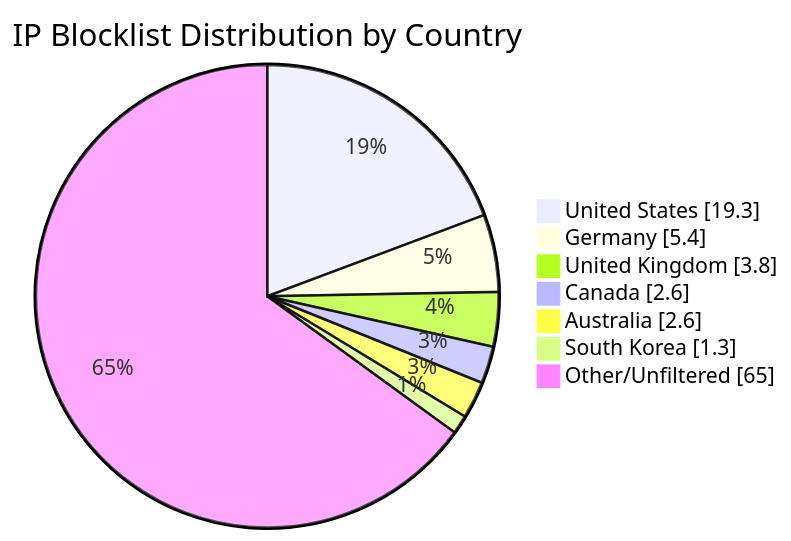
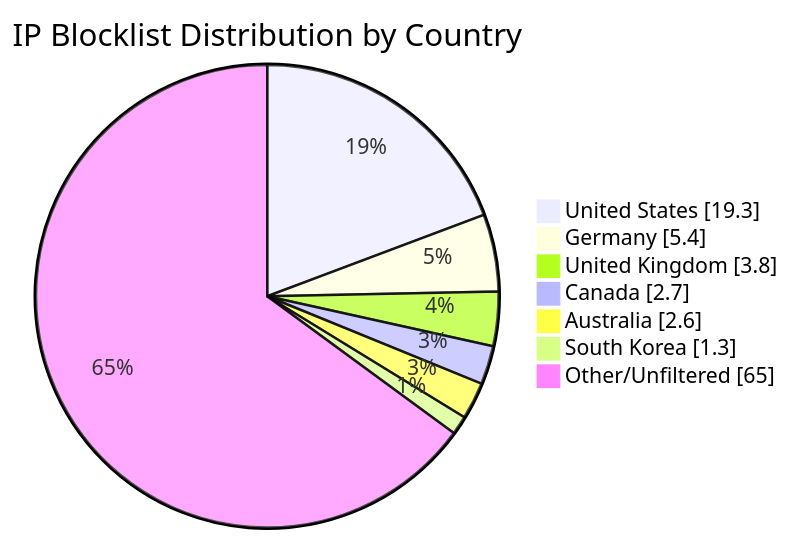
The diagram in README.md (MarcusHoltz/ipblocklist-geofiltered-aggregator), drawn with Mermaid before and after one commit. The commit also changed other lines of this file and 9 other files, not shown here.

````diff
--- a/README.md
+++ b/README.md
@@ -34,10 +34,10 @@
 ```mermaid
 pie showData title IP Blocklist Distribution by Country
 "United States" : 19.3
 "Germany" : 5.4
 "United Kingdom" : 3.8
-"Canada" : 2.6
+"Canada" : 2.7
 "Australia" : 2.6
 "South Korea" : 1.3
 "Other/Unfiltered" : 65.0
 ```
````
